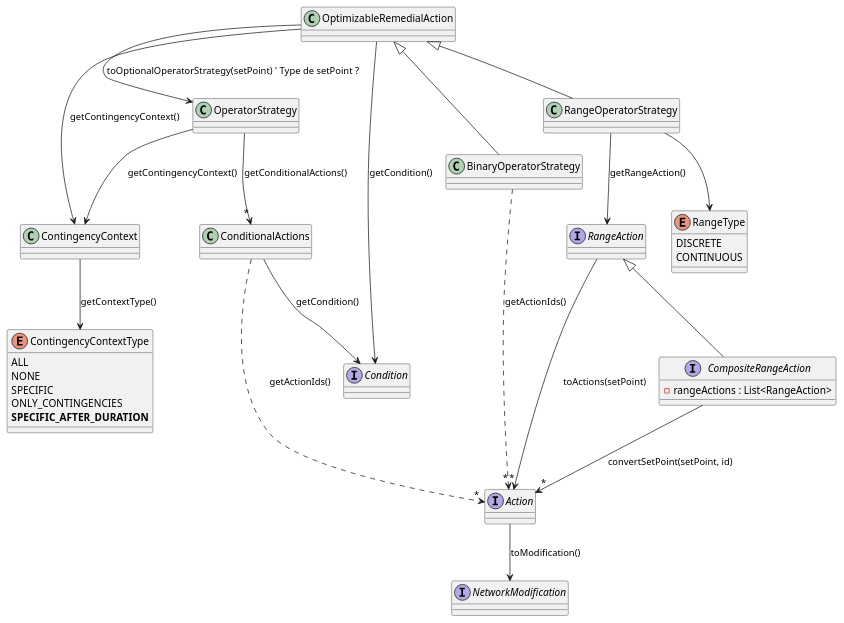
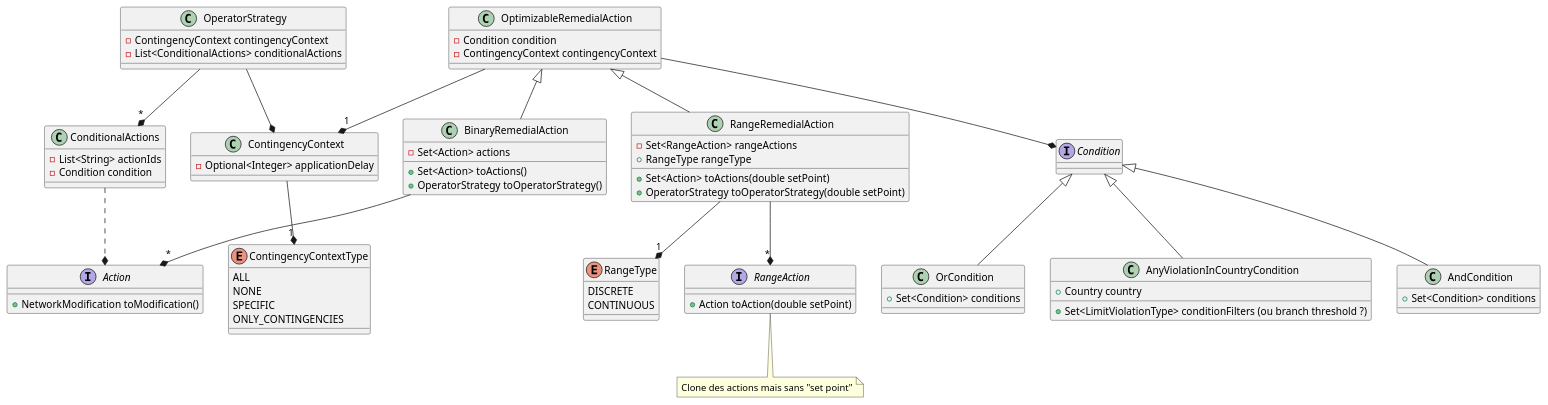
The diagram in docs/simulation/security/operatorStrategy_simple_future.puml (powsybl/powsybl-core), drawn with PlantUML before and after one commit.

Commit message:
Work with Thomas and Peter

```diff
--- a/docs/simulation/security/operatorStrategy_simple_future.puml
+++ b/docs/simulation/security/operatorStrategy_simple_future.puml
@@ -1,58 +1,90 @@
 @startuml
 
-class OperatorStrategy
-OperatorStrategy --> ContingencyContext : getContingencyContext()
-OperatorStrategy --> "*" ConditionalActions : getConditionalActions()
+class OperatorStrategy {
+  - ContingencyContext contingencyContext
+  - List<ConditionalActions> conditionalActions
+}
+OperatorStrategy --* ContingencyContext
+OperatorStrategy --* "*" ConditionalActions
 
 interface Condition
+Condition <|-- AndCondition
+Condition <|-- OrCondition
+Condition <|-- AnyViolationInCountryCondition
 
-class ConditionalActions
-ConditionalActions --> Condition : getCondition()
-ConditionalActions ..> "*" Action : getActionIds()
+class AndCondition {
+  + Set<Condition> conditions
+}
 
-class ContingencyContext
-ContingencyContext --> ContingencyContextType: getContextType()
+class OrCondition {
+  + Set<Condition> conditions
+}
+
+class AnyViolationInCountryCondition {
+ + Country country
+ + Set<LimitViolationType> conditionFilters (ou branch threshold ?)
+}
+
+
+class ConditionalActions {
+  - List<String> actionIds
+  - Condition condition
+}
+ConditionalActions ..* Action
+
+
+class ContingencyContext {
+  - Optional<Integer> applicationDelay
+}
+ContingencyContext --* "1" ContingencyContextType
 
 enum ContingencyContextType {
   ALL
   NONE
   SPECIFIC
   ONLY_CONTINGENCIES
-  **SPECIFIC_AFTER_DURATION**
 }
 
-interface Action
-Action --> NetworkModification : toModification()
+interface Action {
+ + NetworkModification toModification()
+}
 
-interface NetworkModification
+class OptimizableRemedialAction {
+  - Condition condition
+  - ContingencyContext contingencyContext
+}
+OptimizableRemedialAction --* Condition
+OptimizableRemedialAction --* "1" ContingencyContext
+OptimizableRemedialAction <|-- BinaryRemedialAction
+OptimizableRemedialAction <|-- RangeRemedialAction
 
-class OptimizableRemedialAction
-OptimizableRemedialAction --> OperatorStrategy : toOptionalOperatorStrategy(setPoint) ' Type de setPoint ?
-OptimizableRemedialAction --> Condition : getCondition()
-OptimizableRemedialAction --> ContingencyContext : getContingencyContext()
-OptimizableRemedialAction <|-- BinaryOperatorStrategy
-OptimizableRemedialAction <|-- RangeOperatorStrategy
+class BinaryRemedialAction {
+  - Set<Action> actions
+  + Set<Action> toActions()
+  + OperatorStrategy toOperatorStrategy()
+}
+BinaryRemedialAction --* "*" Action
 
-class BinaryOperatorStrategy
-BinaryOperatorStrategy ..> "*" Action : getActionIds()
-
-class RangeOperatorStrategy
-RangeOperatorStrategy --> RangeAction : getRangeAction()
-RangeOperatorStrategy --> RangeType
+class RangeRemedialAction {
+  - Set<RangeAction> rangeActions
+  + RangeType rangeType
+  + Set<Action> toActions(double setPoint)
+  + OperatorStrategy toOperatorStrategy(double setPoint)
+}
+RangeRemedialAction --* "*" RangeAction
+RangeRemedialAction --* "1" RangeType
 
 enum RangeType {
   DISCRETE
   CONTINUOUS
 }
 
-interface RangeAction
-RangeAction <|-- CompositeRangeAction
-RangeAction --> "*" Action : toActions(setPoint)
+interface RangeAction {
+  + Action toAction(double setPoint)
+}
+note bottom: Clone des actions mais sans "set point"
 
-interface CompositeRangeAction {
-  - rangeActions : List<RangeAction>
-}
-CompositeRangeAction --> "*" Action : convertSetPoint(setPoint, id)
+
 
 
 @enduml
```
